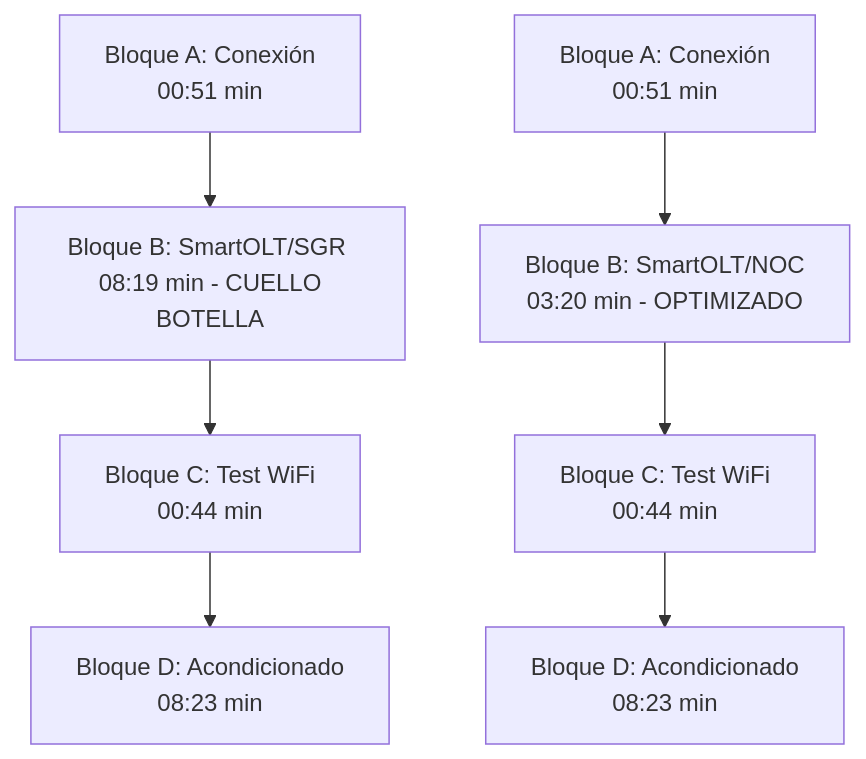
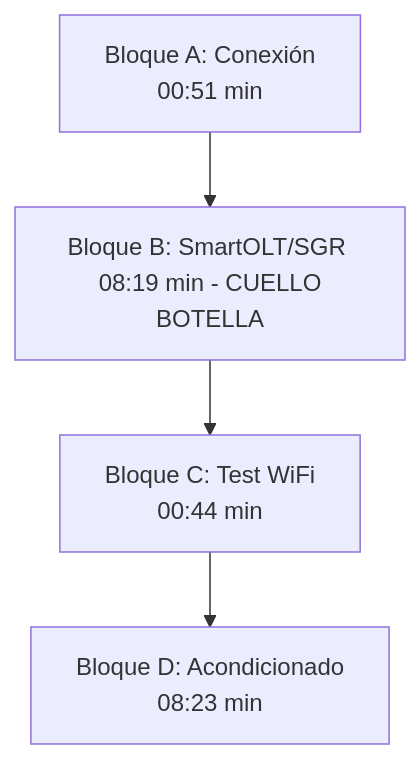
Before and after one commit to elingenierok/procedimientos-isp: the first of 2 diagrams in docs/diagnosticos/DG-EQU-001.md, drawn with Mermaid.

Commit message:
Add optimized scenario section to DG-EQU-001
Added optimized scenario graph for comparison.

````diff
--- a/docs/diagnosticos/DG-EQU-001.md
+++ b/docs/diagnosticos/DG-EQU-001.md
@@ -45,10 +45,6 @@
 ```mermaid
 graph TD
     A1[Bloque A: Conexión <br/> 00:51 min] --> A2[Bloque B: SmartOLT/SGR <br/> 08:19 min - CUELLO BOTELLA]
     A2 --> A3[Bloque C: Test WiFi <br/> 00:44 min]
     A3 --> A4[Bloque D: Acondicionado <br/> 08:23 min]
-
-    B1[Bloque A: Conexión <br/> 00:51 min] --> B2[Bloque B: SmartOLT/NOC <br/> 03:20 min - OPTIMIZADO]
-    B2 --> B3[Bloque C: Test WiFi <br/> 00:44 min]
-    B3 --> B4[Bloque D: Acondicionado <br/> 08:23 min]
 ```
````
